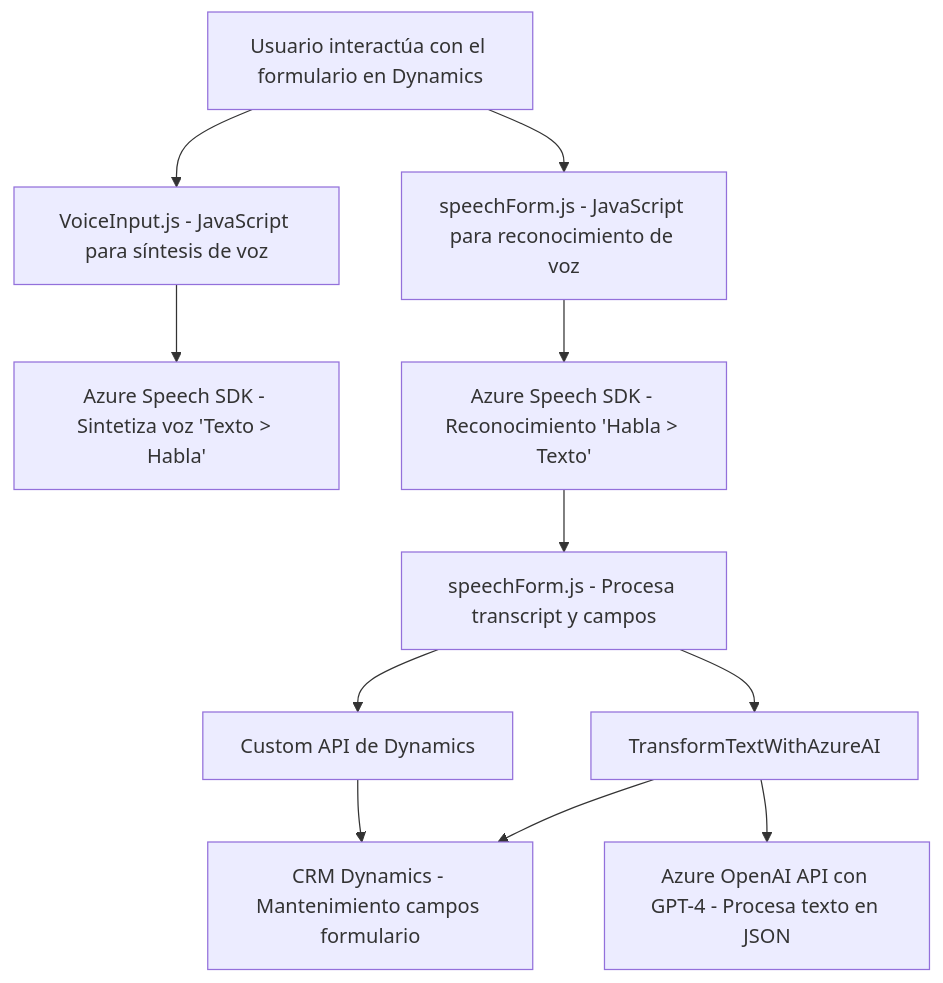
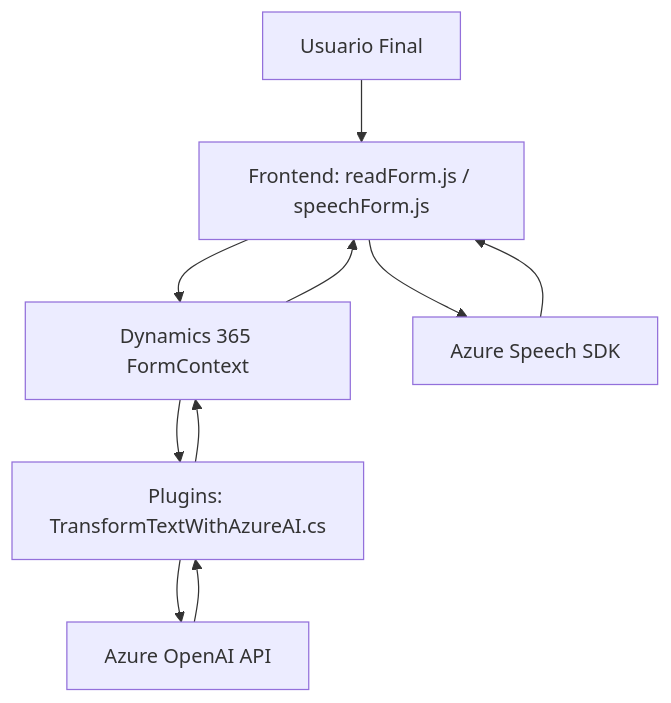
One commit to blopezdm/NETCORE_BILBAO2025 changed the diagram in README.md. Above: the diagram before and after it, drawn with Mermaid. The commit also changed other lines of this file, not shown here.

Commit message:
Actualizar análisis global de la solución con IA

````diff
--- a/README.md
+++ b/README.md
@@ -39,14 +52,19 @@
 ```mermaid
 graph TD
-    A["Usuario interactúa con el formulario en Dynamics"]
-    A --> B["VoiceInput.js - JavaScript para síntesis de voz"]
-    A --> C["speechForm.js - JavaScript para reconocimiento de voz"]
-    B --> D["Azure Speech SDK - Sintetiza voz 'Texto > Habla'"]
-    C --> E["Azure Speech SDK - Reconocimiento 'Habla > Texto'"]
-    E --> F["speechForm.js - Procesa transcript y campos"]
-    F --> G["Custom API de Dynamics"]
-    F --> H["TransformTextWithAzureAI"]
-    H --> I["Azure OpenAI API con GPT-4 - Procesa texto en JSON"]
-    G --> J["CRM Dynamics - Mantenimiento campos formulario"]
-    H --> J
+    A["Frontend: readForm.js / speechForm.js"]
+    B["Plugins: TransformTextWithAzureAI.cs"]
+    C["Dynamics 365 FormContext"]
+    D["Azure Speech SDK"]
+    E["Azure OpenAI API"]
+    F["Usuario Final"]
+
+    F --> A
+    A --> D
+    A --> C
+    D --> A
+    B --> C
+    B --> E
+    E --> B
+    C --> B
+    C --> A
 ```
````
